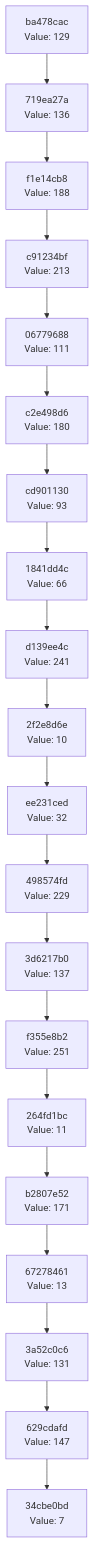
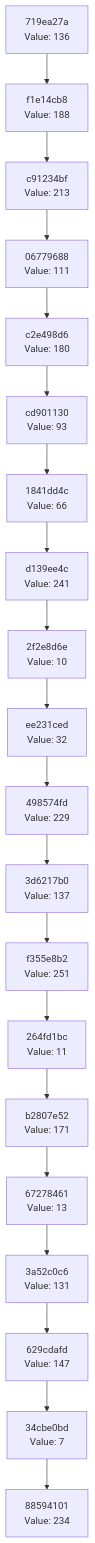
Before and after one commit to Abhisheksinha1506/hash-chain-evolver: the diagram in docs/CHAIN_VISUALIZATION.md, drawn with Mermaid. The commit also changed 3 other files, not shown here.

````diff
--- a/docs/CHAIN_VISUALIZATION.md
+++ b/docs/CHAIN_VISUALIZATION.md
@@ -3,42 +3,42 @@
 ```mermaid
 graph TD
-    C0["34cbe0bd<br/>Value: 7"]
-    C1["629cdafd<br/>Value: 147"]
+    C0["88594101<br/>Value: 234"]
+    C1["34cbe0bd<br/>Value: 7"]
     C1 --> C0
-    C2["3a52c0c6<br/>Value: 131"]
+    C2["629cdafd<br/>Value: 147"]
     C2 --> C1
-    C3["67278461<br/>Value: 13"]
+    C3["3a52c0c6<br/>Value: 131"]
     C3 --> C2
-    C4["b2807e52<br/>Value: 171"]
+    C4["67278461<br/>Value: 13"]
     C4 --> C3
-    C5["264fd1bc<br/>Value: 11"]
+    C5["b2807e52<br/>Value: 171"]
     C5 --> C4
-    C6["f355e8b2<br/>Value: 251"]
+    C6["264fd1bc<br/>Value: 11"]
     C6 --> C5
-    C7["3d6217b0<br/>Value: 137"]
+    C7["f355e8b2<br/>Value: 251"]
     C7 --> C6
-    C8["498574fd<br/>Value: 229"]
+    C8["3d6217b0<br/>Value: 137"]
     C8 --> C7
-    C9["ee231ced<br/>Value: 32"]
+    C9["498574fd<br/>Value: 229"]
     C9 --> C8
-    C10["2f2e8d6e<br/>Value: 10"]
+    C10["ee231ced<br/>Value: 32"]
     C10 --> C9
-    C11["d139ee4c<br/>Value: 241"]
+    C11["2f2e8d6e<br/>Value: 10"]
     C11 --> C10
-    C12["1841dd4c<br/>Value: 66"]
+    C12["d139ee4c<br/>Value: 241"]
     C12 --> C11
-    C13["cd901130<br/>Value: 93"]
+    C13["1841dd4c<br/>Value: 66"]
     C13 --> C12
-    C14["c2e498d6<br/>Value: 180"]
+    C14["cd901130<br/>Value: 93"]
     C14 --> C13
-    C15["06779688<br/>Value: 111"]
+    C15["c2e498d6<br/>Value: 180"]
     C15 --> C14
-    C16["c91234bf<br/>Value: 213"]
+    C16["06779688<br/>Value: 111"]
     C16 --> C15
-    C17["f1e14cb8<br/>Value: 188"]
+    C17["c91234bf<br/>Value: 213"]
     C17 --> C16
-    C18["719ea27a<br/>Value: 136"]
+    C18["f1e14cb8<br/>Value: 188"]
     C18 --> C17
-    C19["ba478cac<br/>Value: 129"]
+    C19["719ea27a<br/>Value: 136"]
     C19 --> C18
 ```
````
